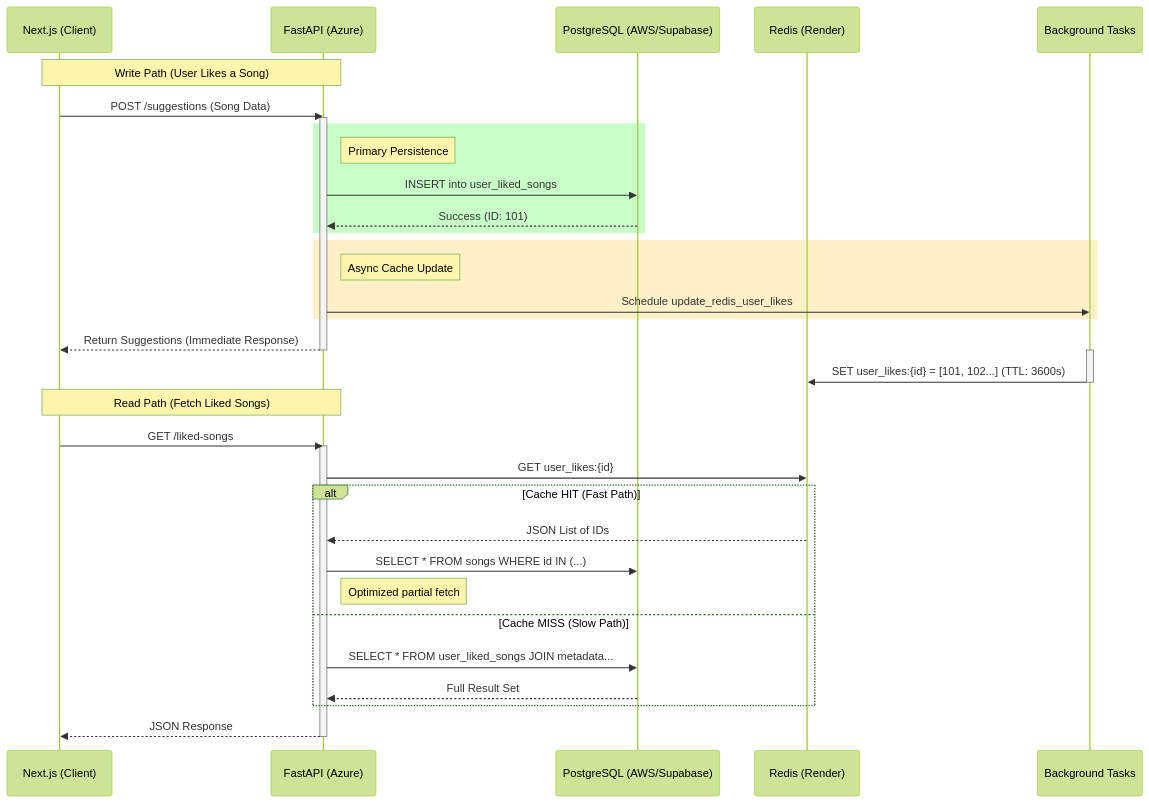
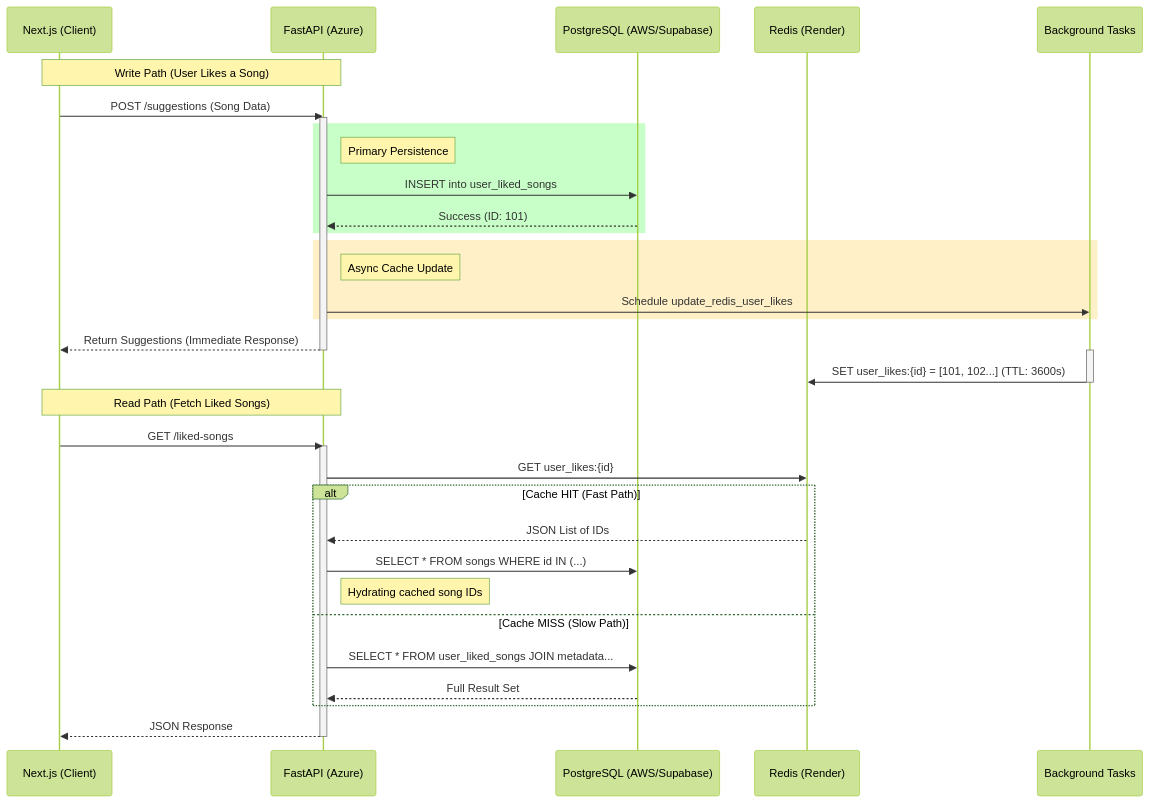
Before and after one commit to Agrannya-Singh/Tune_Trace_backend: the second of 3 diagrams in whitepaper.md, drawn with Mermaid (forest theme).

````diff
--- a/whitepaper.md
+++ b/whitepaper.md
@@ -58,48 +58,48 @@
 ```mermaid
 sequenceDiagram
     participant FE as Next.js (Client)
     participant API as FastAPI (Azure)
     participant DB as PostgreSQL (AWS/Supabase)
     participant Cache as Redis (Render)
     participant BG as Background Tasks
 
     Note over FE, API: Write Path (User Likes a Song)
     FE->>API: POST /suggestions (Song Data)
     activate API
     
     rect rgb(200, 255, 200)
         Note right of API: Primary Persistence
         API->>DB: INSERT into user_liked_songs
         DB-->>API: Success (ID: 101)
     end
 
     rect rgb(255, 240, 200)
         Note right of API: Async Cache Update
         API->>BG: Schedule update_redis_user_likes
     end
     
     API-->>FE: Return Suggestions (Immediate Response)
     deactivate API
 
     activate BG
     BG->>Cache: SET user_likes:{id} = [101, 102...] (TTL: 3600s)
     deactivate BG
 
     Note over FE, API: Read Path (Fetch Liked Songs)
     FE->>API: GET /liked-songs
     activate API
     
     API->>Cache: GET user_likes:{id}
     alt Cache HIT (Fast Path)
         Cache-->>API: JSON List of IDs
         API->>DB: SELECT * FROM songs WHERE id IN (...)
-        Note right of API: Optimized partial fetch
+        Note right of API: Hydrating cached song IDs
     else Cache MISS (Slow Path)
         API->>DB: SELECT * FROM user_liked_songs JOIN metadata...
         DB-->>API: Full Result Set
     end
     
     API-->>FE: JSON Response
     deactivate API
 
 ```
````
